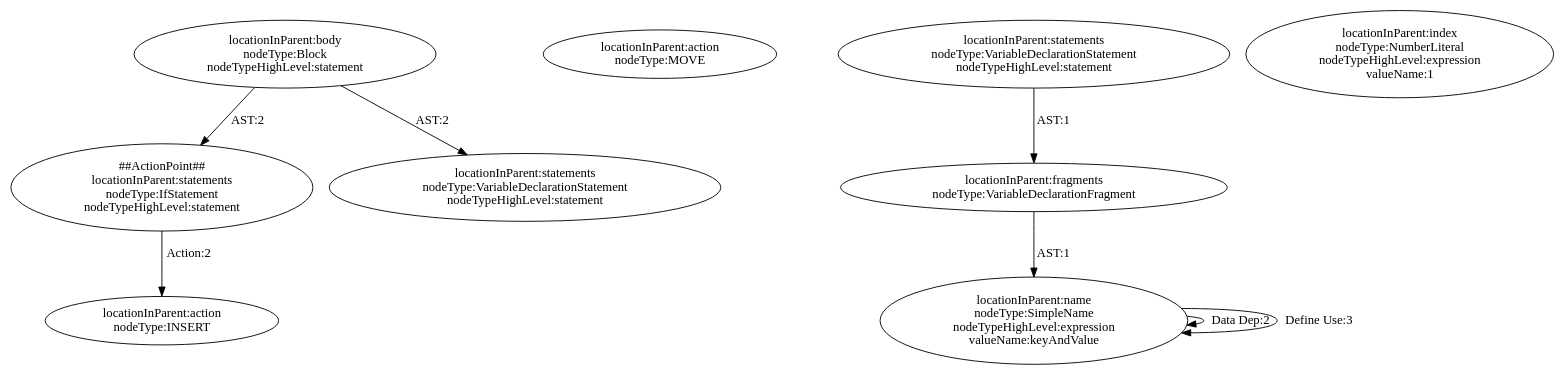
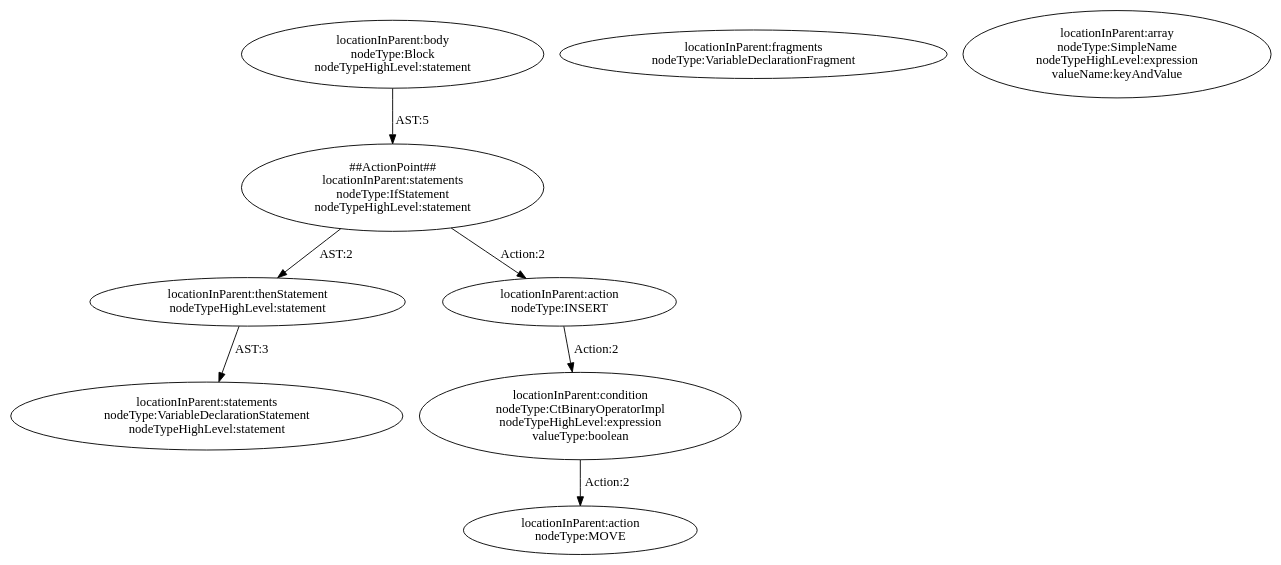
One commit to ssmingz/FixGen changed the diagram in codegraph/out/pattern_EmptyCheck_abstract0.dot. Above: the diagram before and after it, drawn with Graphviz. The commit also changed 12 other files, not shown here.

```diff
--- a/codegraph/out/pattern_EmptyCheck_abstract0.dot
+++ b/codegraph/out/pattern_EmptyCheck_abstract0.dot
@@ -1,18 +1,17 @@
 digraph "Pattern" {
 0 [label="##ActionPoint##\nlocationInParent:statements\nnodeType:IfStatement\nnodeTypeHighLevel:statement" shape=ellipse]
 1 [label="locationInParent:body\nnodeType:Block\nnodeTypeHighLevel:statement" shape=ellipse]
-2 [label="locationInParent:action\nnodeType:INSERT" shape=ellipse]
-3 [label="locationInParent:statements\nnodeType:VariableDeclarationStatement\nnodeTypeHighLevel:statement" shape=ellipse]
+2 [label="locationInParent:thenStatement\nnodeTypeHighLevel:statement" shape=ellipse]
+3 [label="locationInParent:action\nnodeType:INSERT" shape=ellipse]
 4 [label="locationInParent:action\nnodeType:MOVE" shape=ellipse]
-5 [label="locationInParent:statements\nnodeType:VariableDeclarationStatement\nnodeTypeHighLevel:statement" shape=ellipse]
-6 [label="locationInParent:fragments\nnodeType:VariableDeclarationFragment" shape=ellipse]
-7 [label="locationInParent:name\nnodeType:SimpleName\nnodeTypeHighLevel:expression\nvalueName:keyAndValue" shape=ellipse]
-8 [label="locationInParent:index\nnodeType:NumberLiteral\nnodeTypeHighLevel:expression\nvalueName:1" shape=ellipse]
-0 -> 2 [label="Action:2"];
-1 -> 0 [label="AST:2"];
-1 -> 3 [label="AST:2"];
-5 -> 6 [label="AST:1"];
-6 -> 7 [label="AST:1"];
-7 -> 7 [label="Data Dep:2"];
-7 -> 7 [label="Define Use:3"];
+5 [label="locationInParent:condition\nnodeType:CtBinaryOperatorImpl\nnodeTypeHighLevel:expression\nvalueType:boolean" shape=ellipse]
+6 [label="locationInParent:statements\nnodeType:VariableDeclarationStatement\nnodeTypeHighLevel:statement" shape=ellipse]
+7 [label="locationInParent:fragments\nnodeType:VariableDeclarationFragment" shape=ellipse]
+8 [label="locationInParent:array\nnodeType:SimpleName\nnodeTypeHighLevel:expression\nvalueName:keyAndValue" shape=ellipse]
+0 -> 2 [label="AST:2"];
+0 -> 3 [label="Action:2"];
+1 -> 0 [label="AST:5"];
+2 -> 6 [label="AST:3"];
+3 -> 5 [label="Action:2"];
+5 -> 4 [label="Action:2"];
 }
```
